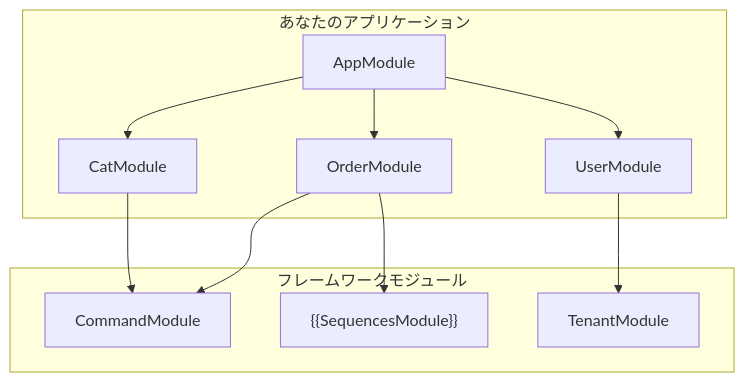
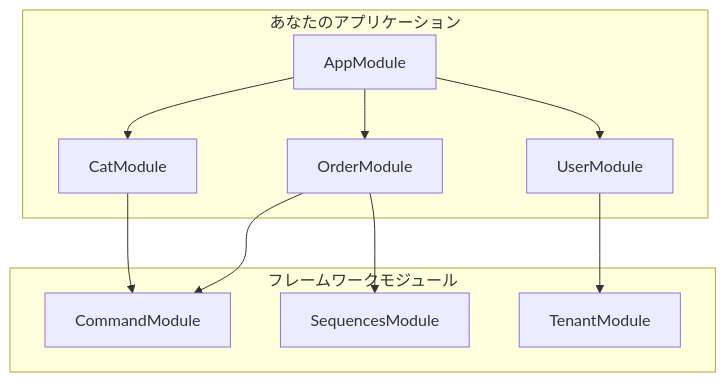
The diagram in i18n/ja/docusaurus-plugin-content-docs/current/modules.md (mbc-net/mbc-cqrs-serverless-doc), drawn with Mermaid before and after one commit. The commit also changed other lines of this file and 3 other files, not shown here.

First line of the commit message:
fix: add SequencesModule translation to fix MDX build error

````diff
--- a/i18n/ja/docusaurus-plugin-content-docs/current/modules.md
+++ b/i18n/ja/docusaurus-plugin-content-docs/current/modules.md
@@ -11,20 +11,20 @@
 ```mermaid
 graph TB
     subgraph "あなたのアプリケーション"
         A["AppModule"]
         A --> B["CatModule"]
         A --> C["OrderModule"]
         A --> D["UserModule"]
     end
 
     subgraph "フレームワークモジュール"
         E["CommandModule"]
-        F["{{SequencesModule}}"]
+        F["SequencesModule"]
         G["TenantModule"]
     end
 
     B --> E
     C --> E
     C --> F
     D --> G
 ```
````
